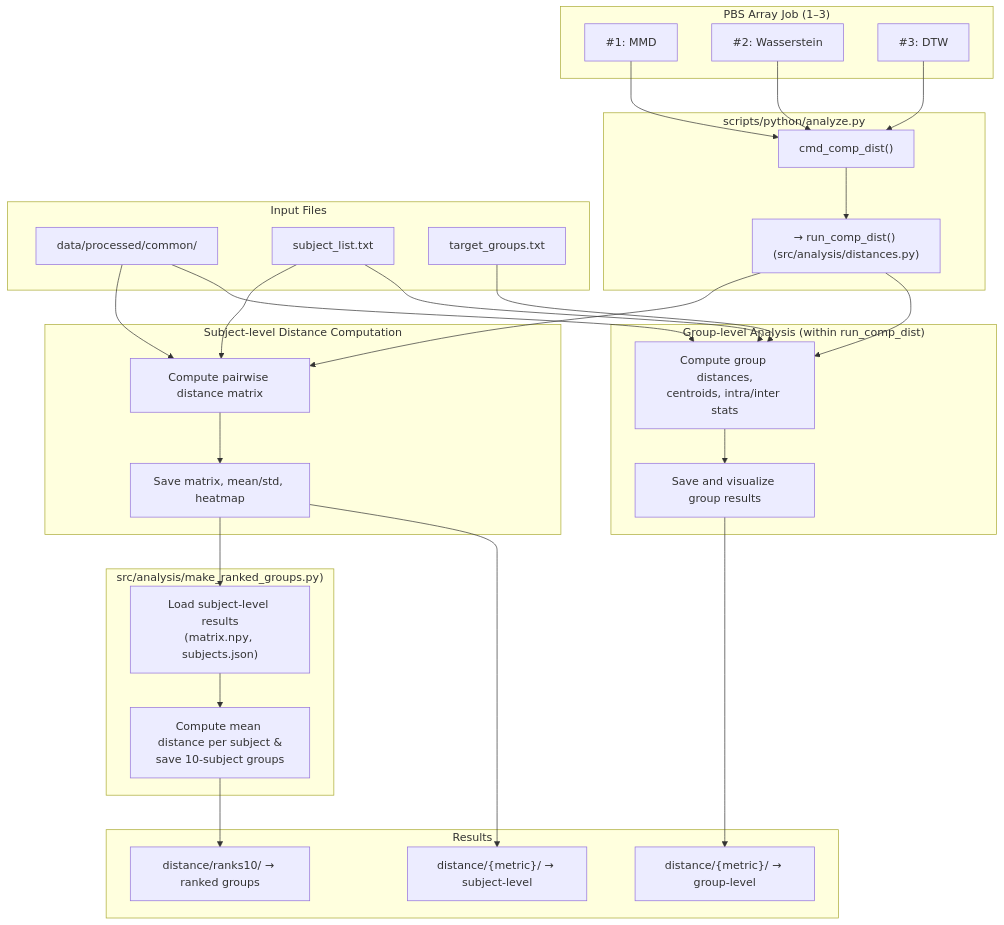
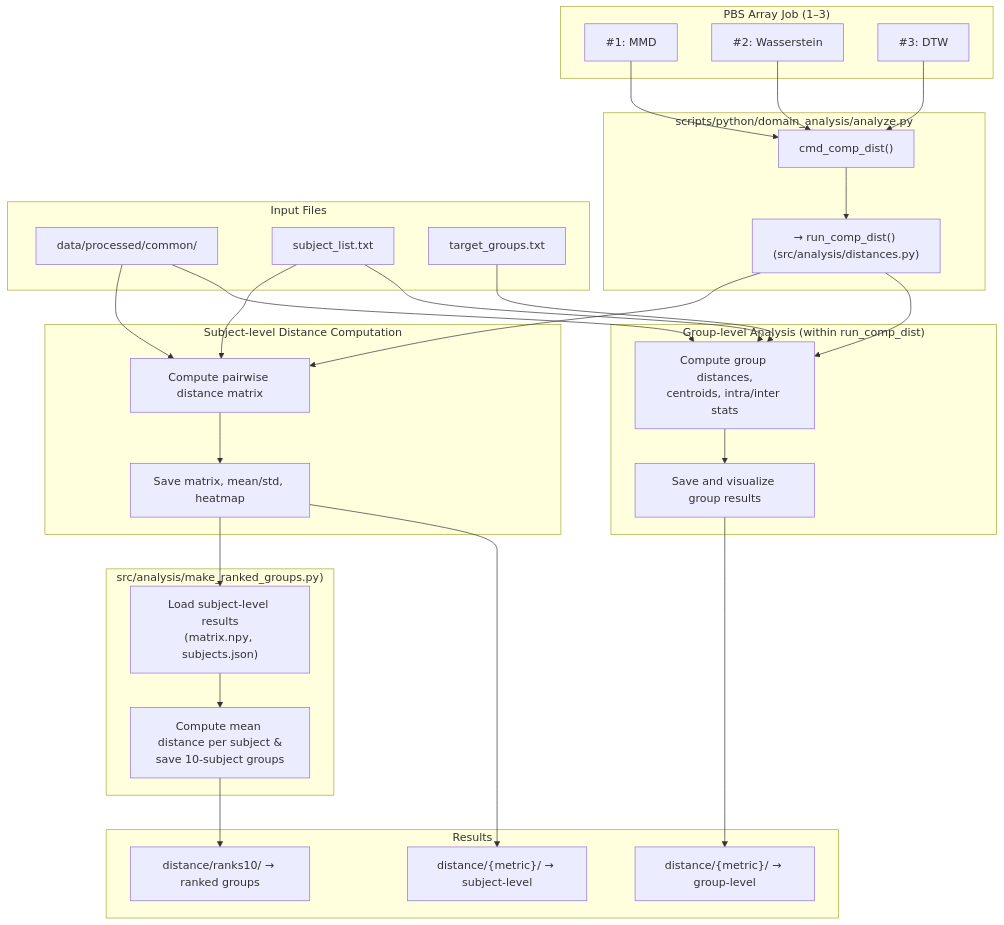
Before and after one commit to YutaroNakagama/vehicle_based_DDD_comparison: the fifth of 7 diagrams in docs/source/guide/developer_guide.md, drawn with Mermaid. The commit also changed other lines of this file and 4 other files, not shown here.

First line of the commit message:
refactor: move analyze.py to scripts/python/domain_analysis/ directory

````diff
--- a/docs/source/guide/developer_guide.md
+++ b/docs/source/guide/developer_guide.md
@@ -241,52 +241,52 @@
 ```mermaid
 flowchart TB
 
 subgraph PBS["PBS Array Job (1–3)"]
   A1["#1: MMD"]
   A2["#2: Wasserstein"]
   A3["#3: DTW"]
 end
 
-subgraph CLI["scripts/python/analyze.py"]
+subgraph CLI["scripts/python/domain_analysis/analyze.py"]
   B1["cmd_comp_dist()"]
   B2["→ run_comp_dist() (src/analysis/distances.py)"]
 end
 
 subgraph Input["Input Files"]
   C1["data/processed/common/"]
   C2["subject_list.txt"]
   C3["target_groups.txt"]
 end
 
 subgraph Stage1["Subject-level Distance Computation"]
   D1["Compute pairwise distance matrix"]
   D2["Save matrix, mean/std, heatmap"]
 end
 
 subgraph Stage2["Group-level Analysis (within run_comp_dist)"]
   E2["Compute group distances,<br/>centroids, intra/inter stats"]
   E3["Save and visualize group results"]
 end
 
 subgraph Stage3["src/analysis/make_ranked_groups.py)"]
   F2["Load subject-level results<br/>(matrix.npy, subjects.json)"]
   F3["Compute mean distance per subject &<br/>save 10-subject groups"]
 end
 
 subgraph Output["Results"]
   G1["distance/{metric}/ → subject-level"]
   G2["distance/{metric}/ → group-level"]
   G3["distance/ranks10/ → ranked groups"]
 end
 
 A1 & A2 & A3 --> B1 --> B2
 B2 --> D1 & E2
 C1 & C2 --> D1 --> D2
 C1 & C2 & C3 --> E2 --> E3
 D2 --> F2
 F2 --> F3
 D2 --> G1
 E3 --> G2
 F3 --> G3
 
 ```
````
